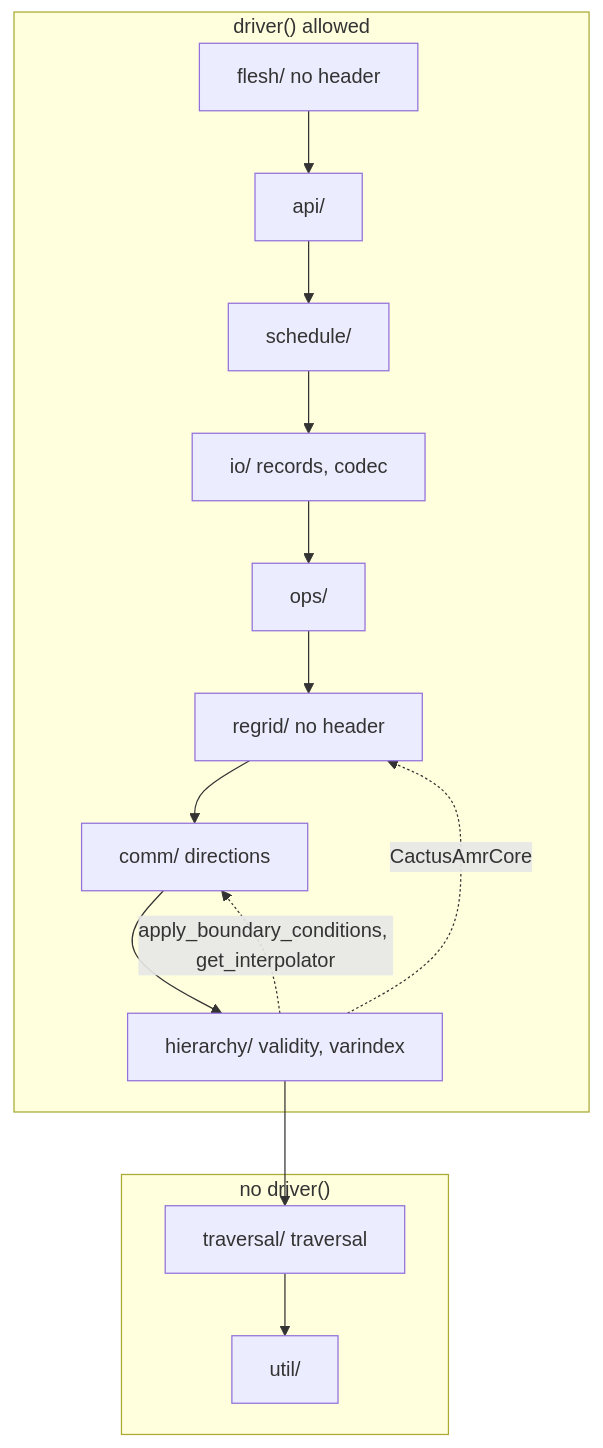
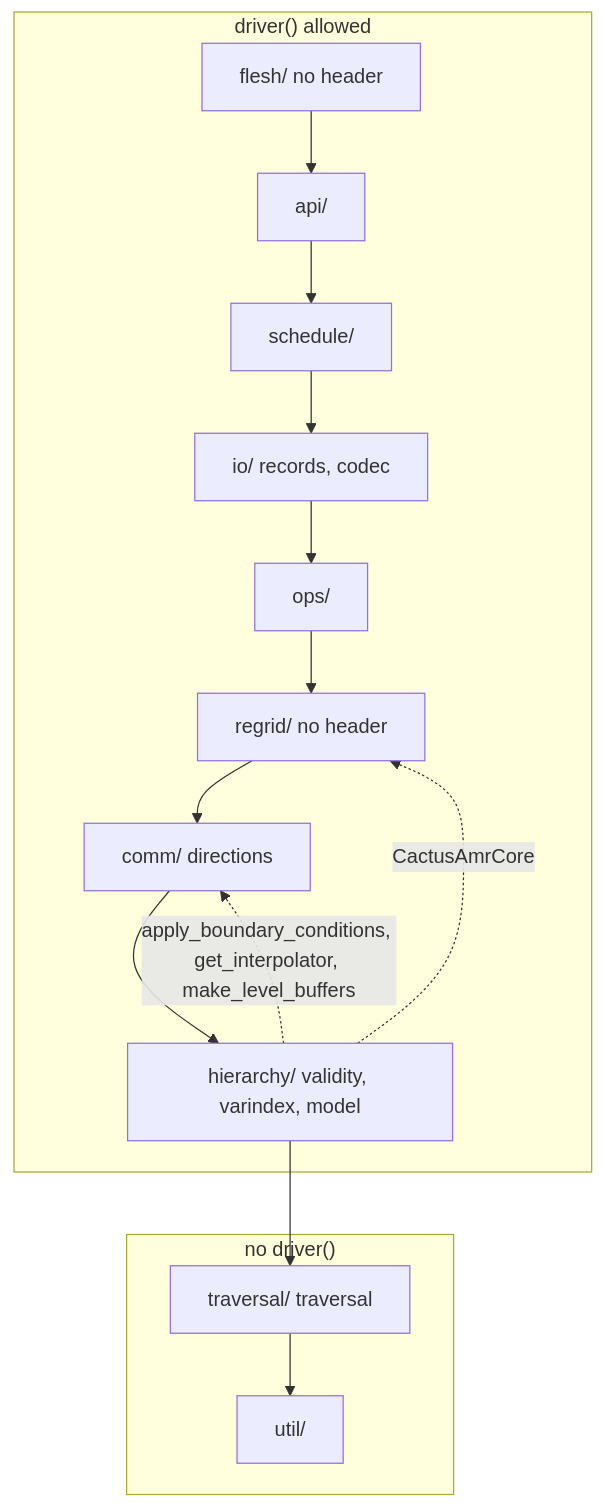
One commit to lwJi/CarpetX changed the first of 3 diagrams in agent_docs/carpetx-internals.md. Above: the diagram before and after it, drawn with Mermaid. The commit also changed other lines of this file and 13 other files, not shown here.

````diff
--- a/agent_docs/carpetx-internals.md
+++ b/agent_docs/carpetx-internals.md
@@ -9,21 +9,21 @@
 ```mermaid
 %% python3 scripts/lint doc --write rewrites this block: the stack
 flowchart TB
   subgraph door["driver() allowed"]
     flesh["flesh/ no header"]
     api["api/"]
     schedule["schedule/"]
     io["io/ records, codec"]
     ops["ops/"]
     regrid["regrid/ no header"]
     comm["comm/ directions"]
-    hierarchy["hierarchy/ validity, varindex"]
+    hierarchy["hierarchy/ validity, varindex, model"]
   end
   subgraph nodoor["no driver()"]
     traversal["traversal/ traversal"]
     util["util/"]
   end
   flesh --> api --> schedule --> io --> ops --> regrid --> comm --> hierarchy --> traversal --> util
   hierarchy -. "CactusAmrCore" .-> regrid
-  hierarchy -. "apply_boundary_conditions, get_interpolator" .-> comm
+  hierarchy -. "apply_boundary_conditions, get_interpolator, make_level_buffers" .-> comm
 ```
````
